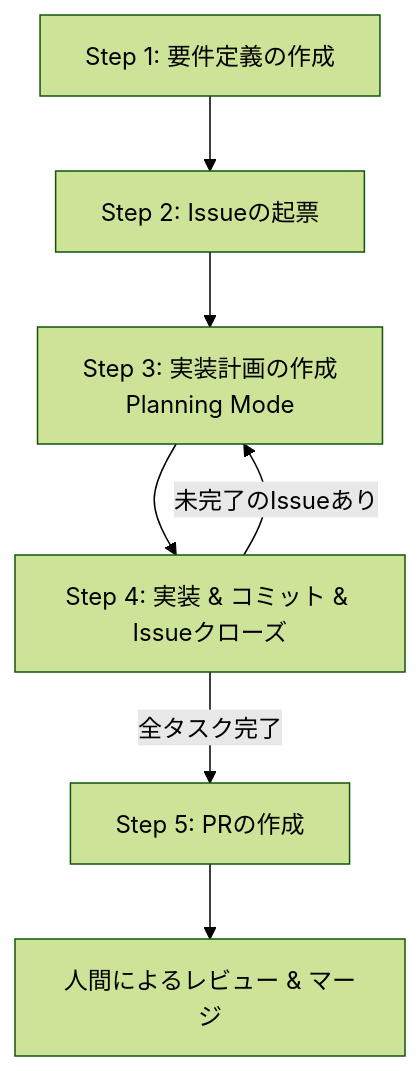
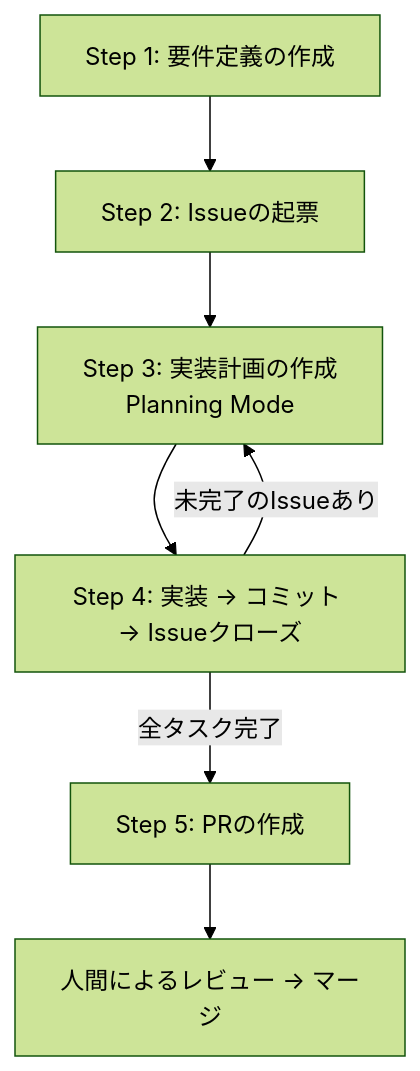
The diagram in articles/automate-issue-to-pr-with-antigravity-and-mcp.md (tkr-krhr-1/zenn-content), drawn with Mermaid (forest theme) before and after one commit.

Commit message:
docs: Mermaidフローチャートのテキストを修正

````diff
--- a/articles/automate-issue-to-pr-with-antigravity-and-mcp.md
+++ b/articles/automate-issue-to-pr-with-antigravity-and-mcp.md
@@ -21,9 +21,9 @@
 ```mermaid
 flowchart TD
     S1[Step 1: 要件定義の作成] --> S2[Step 2: Issueの起票]
     S2 --> S3[Step 3: 実装計画の作成<br/>Planning Mode]
-    S3 --> S4[Step 4: 実装 & コミット & Issueクローズ]
+    S3 --> S4[Step 4: 実装 → コミット → Issueクローズ]
     S4 -->|未完了のIssueあり| S3
     S4 -->|全タスク完了| S5[Step 5: PRの作成]
-    S5 --> End[人間によるレビュー & マージ]
+    S5 --> End[人間によるレビュー → マージ]
 ```
````
